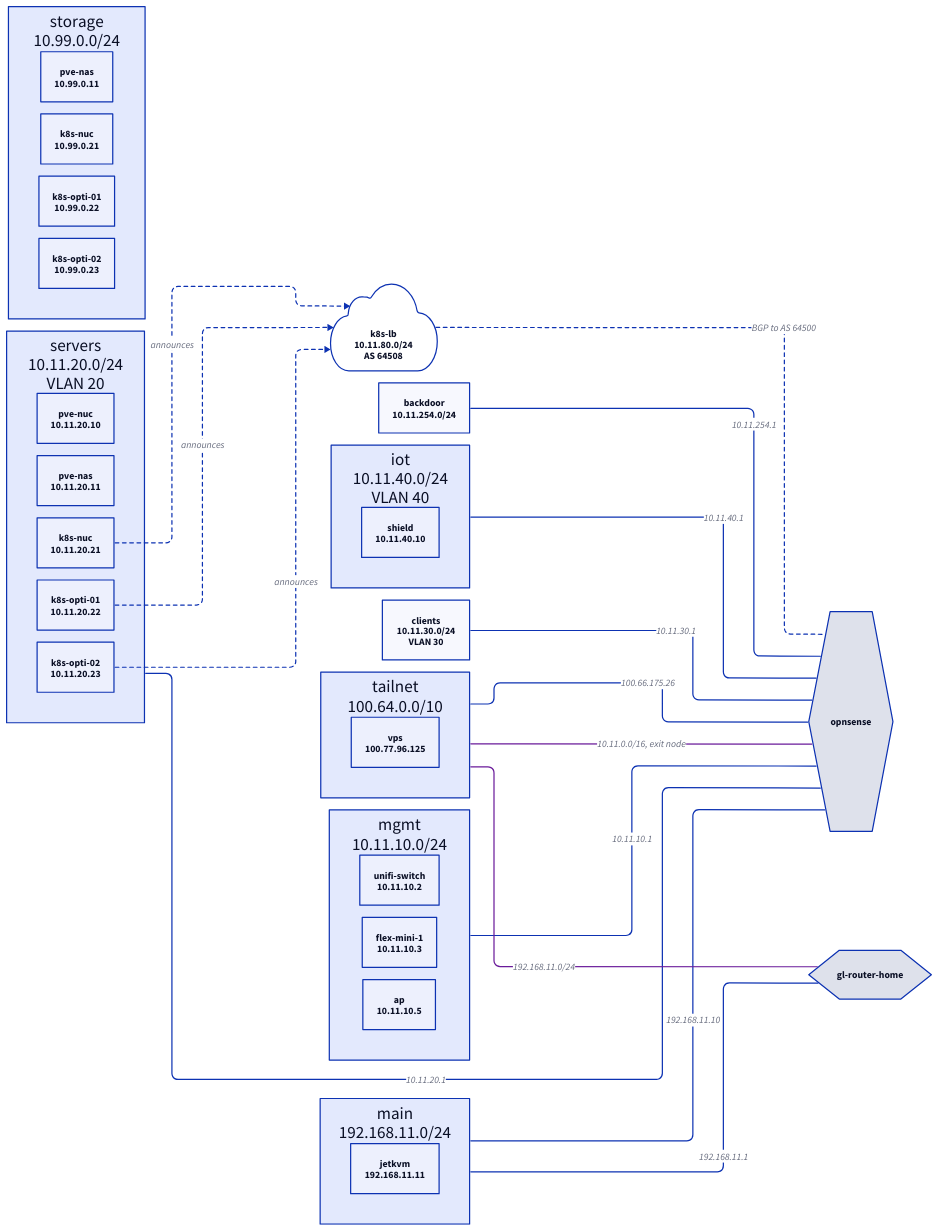
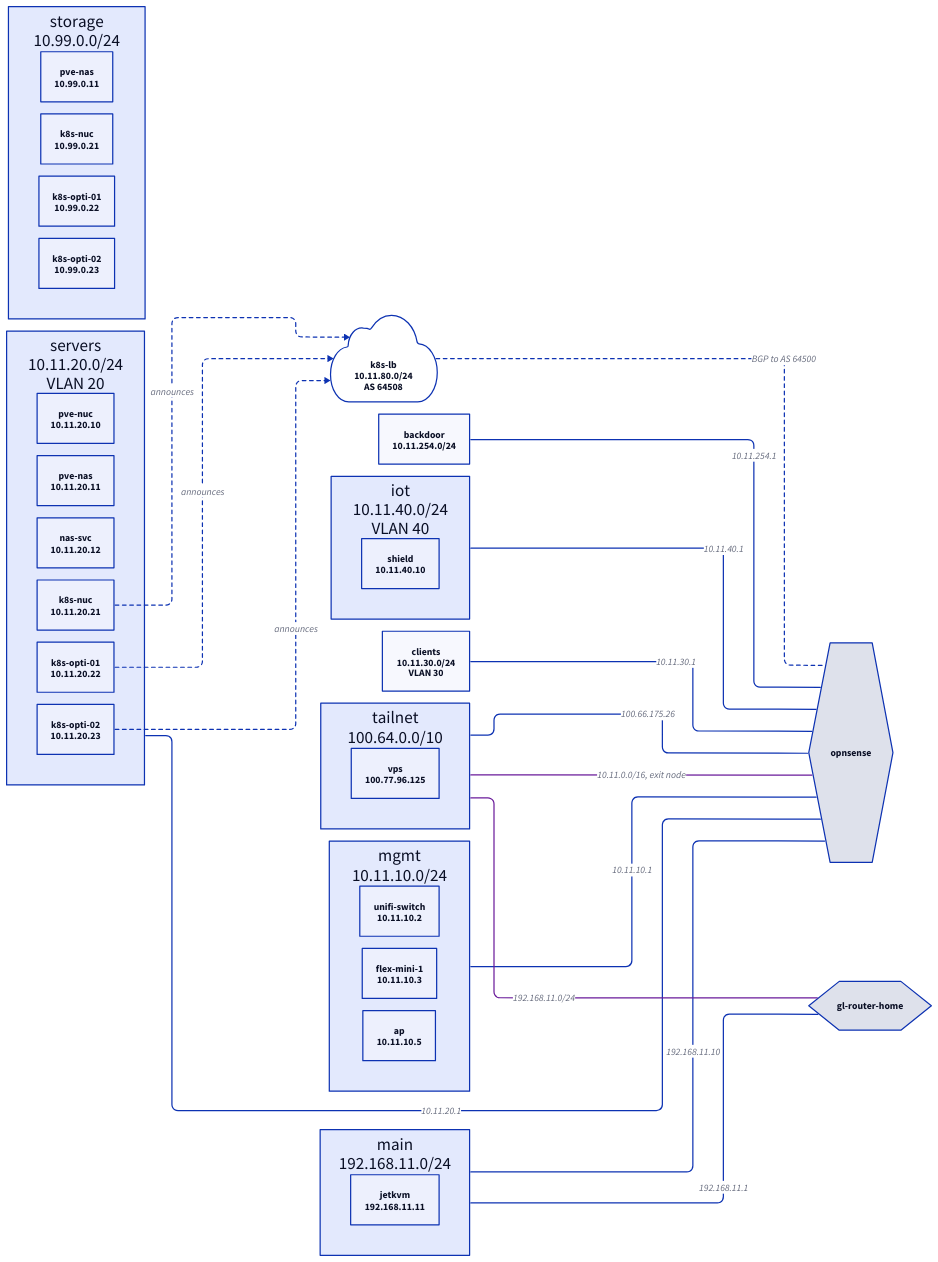
Before and after one commit to subbeh/home-ops: the diagram in docs/diagrams/network.d2, drawn with D2. The commit also changed 9 other files, not shown here.

First line of the commit message:
feat(ansible): create the nas-svc LXC on pve-nas and install Docker in it

```diff
--- a/docs/diagrams/network.d2
+++ b/docs/diagrams/network.d2
@@ -1,66 +1,67 @@
 # GENERATED by just docs; do not edit. `just docs` renders it to network.svg.
 # The Networks from network.yaml with their addresses, the routers between them, the Pools
 # and the tailnet routes. A Network with no edge to a router is unrouted.
 direction: right
 # dagre routes edges through unrelated Network containers; elk doesn't.
 vars: {d2-config: {layout-engine: elk}}
 
 "gl-router-home": {shape: hexagon}
 "opnsense": {shape: hexagon}
 
 "main": {
   label: "main\n192.168.11.0/24"
   "jetkvm": "jetkvm\n192.168.11.11"
 }
 "main" -- "gl-router-home": "192.168.11.1"
 "main" -- "opnsense": "192.168.11.10"
 "mgmt": {
   label: "mgmt\n10.11.10.0/24"
   "unifi-switch": "unifi-switch\n10.11.10.2"
   "flex-mini-1": "flex-mini-1\n10.11.10.3"
   "ap": "ap\n10.11.10.5"
 }
 "mgmt" -- "opnsense": "10.11.10.1"
 "servers": {
   label: "servers\n10.11.20.0/24\nVLAN 20"
   "pve-nuc": "pve-nuc\n10.11.20.10"
   "pve-nas": "pve-nas\n10.11.20.11"
+  "nas-svc": "nas-svc\n10.11.20.12"
   "k8s-nuc": "k8s-nuc\n10.11.20.21"
   "k8s-opti-01": "k8s-opti-01\n10.11.20.22"
   "k8s-opti-02": "k8s-opti-02\n10.11.20.23"
 }
 "servers" -- "opnsense": "10.11.20.1"
 "clients": {
   label: "clients\n10.11.30.0/24\nVLAN 30"
 }
 "clients" -- "opnsense": "10.11.30.1"
 "iot": {
   label: "iot\n10.11.40.0/24\nVLAN 40"
   "shield": "shield\n10.11.40.10"
 }
 "iot" -- "opnsense": "10.11.40.1"
 "backdoor": {
   label: "backdoor\n10.11.254.0/24"
 }
 "backdoor" -- "opnsense": "10.11.254.1"
 "storage": {
   label: "storage\n10.99.0.0/24"
   "pve-nas": "pve-nas\n10.99.0.11"
   "k8s-nuc": "k8s-nuc\n10.99.0.21"
   "k8s-opti-01": "k8s-opti-01\n10.99.0.22"
   "k8s-opti-02": "k8s-opti-02\n10.99.0.23"
 }
 "tailnet": {
   label: "tailnet\n100.64.0.0/10"
   "vps": "vps\n100.77.96.125"
 }
 "tailnet" -- "opnsense": "100.66.175.26"
 
 "k8s-lb": "k8s-lb\n10.11.80.0/24\nAS 64508" {shape: cloud}
 "k8s-lb" -- "opnsense": "BGP to AS 64500" {style.stroke-dash: 3}
 "servers"."k8s-nuc" -> "k8s-lb": announces {style.stroke-dash: 3}
 "servers"."k8s-opti-01" -> "k8s-lb": announces {style.stroke-dash: 3}
 "servers"."k8s-opti-02" -> "k8s-lb": announces {style.stroke-dash: 3}
 
 tailnet -- "opnsense": "10.11.0.0/16, exit node" {style.stroke: "#6A1B9A"}
 tailnet -- "gl-router-home": "192.168.11.0/24" {style.stroke: "#6A1B9A"}
```
